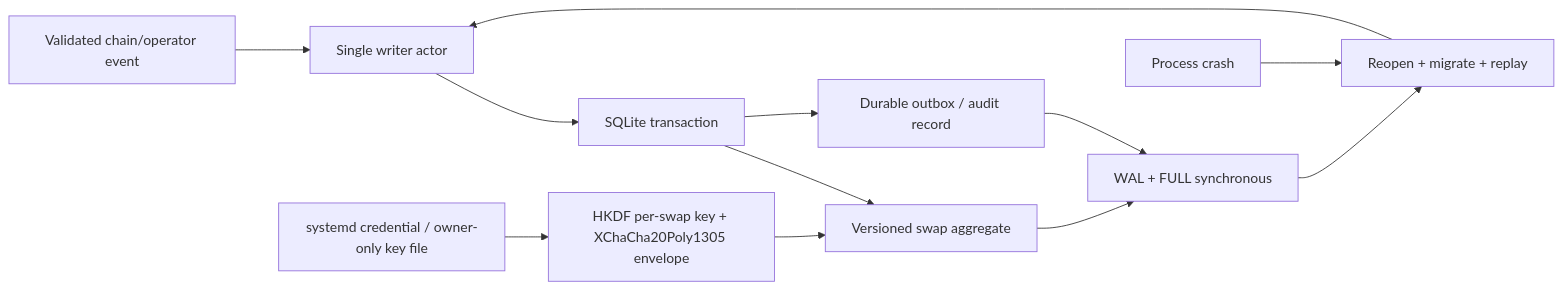
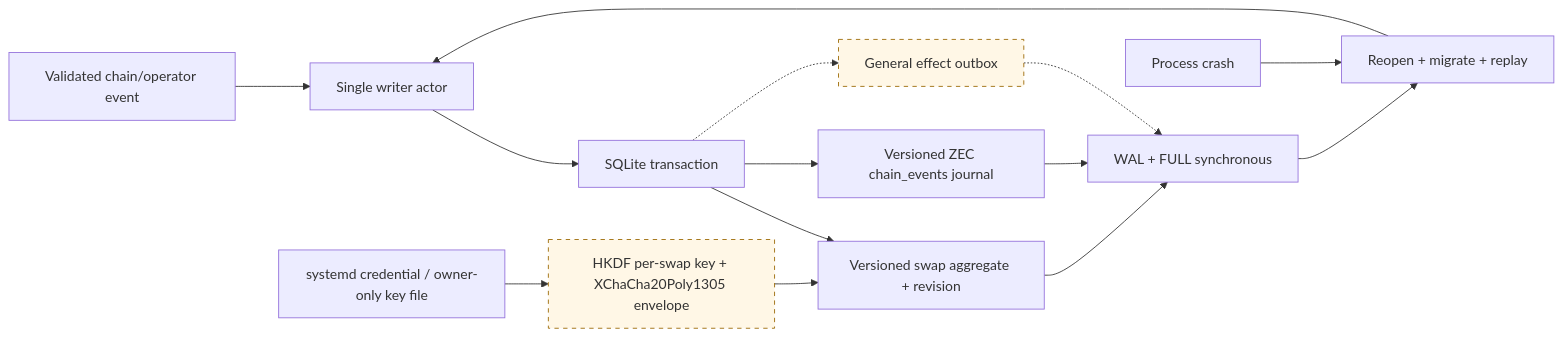
One commit to gateway-fm/lez-atomic-swaps changed the diagram in docs/architecture/0003-sqlite-persistence.md. Above: the diagram before and after it, drawn with Mermaid. The commit also changed other lines of this file and 8 other files, not shown here.

````diff
--- a/docs/architecture/0003-sqlite-persistence.md
+++ b/docs/architecture/0003-sqlite-persistence.md
@@ -5,14 +5,19 @@
 ```mermaid
 flowchart LR
     Event["Validated chain/operator event"] --> Actor["Single writer actor"]
     Actor --> Tx["SQLite transaction"]
-    Tx --> Aggregate["Versioned swap aggregate"]
-    Tx --> Outbox["Durable outbox / audit record"]
+    Tx --> Aggregate["Versioned swap aggregate + revision"]
+    Tx --> Events["Versioned ZEC chain_events journal"]
+    Tx -.-> Outbox["General effect outbox"]
     Credential["systemd credential / owner-only key file"] --> Envelope["HKDF per-swap key + XChaCha20Poly1305 envelope"]
     Envelope --> Aggregate
     Aggregate --> WAL["WAL + FULL synchronous"]
-    Outbox --> WAL
+    Events --> WAL
+    Outbox -.-> WAL
     Crash["Process crash"] --> Reopen["Reopen + migrate + replay"]
     WAL --> Reopen
     Reopen --> Actor
+
+    classDef pending stroke-dasharray: 5 5,fill:#fff7e6,stroke:#9a6700;
+    class Outbox,Envelope pending;
 ```
````
